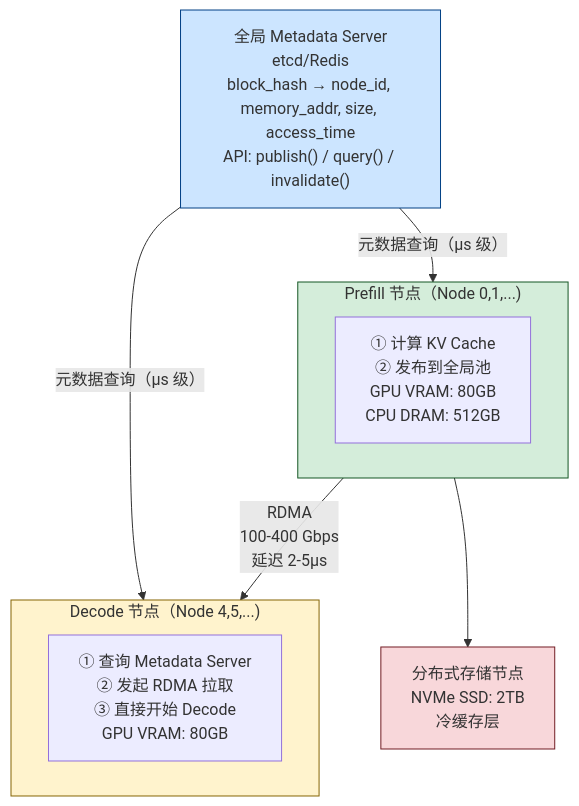
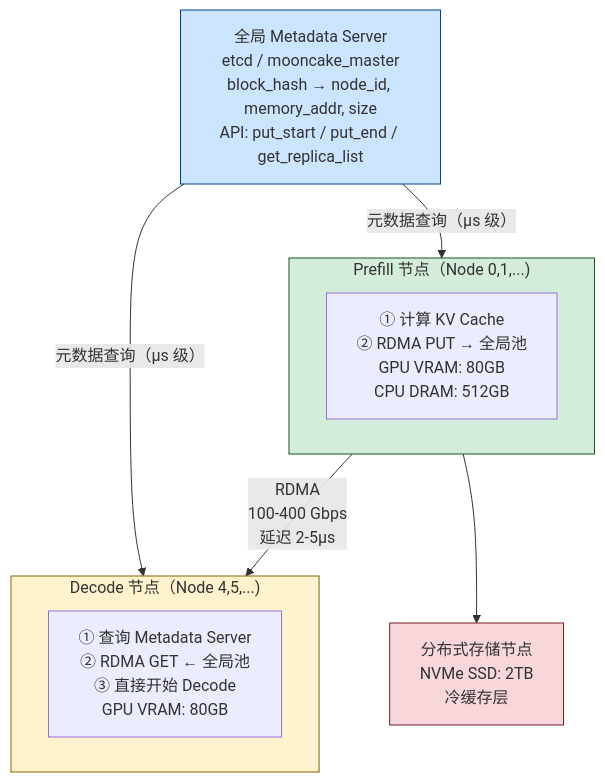
The fourth of 11 diagrams in BLOG_PART2_V2.md (HeduAiDev/vllm-from-scratch), drawn with Mermaid before and after one commit. The commit also changed other lines of this file, not shown here.

````diff
--- a/BLOG_PART2_V2.md
+++ b/BLOG_PART2_V2.md
@@ -821,23 +868,23 @@
 ```mermaid
 flowchart TD
-    MS["全局 Metadata Server<br/>etcd/Redis<br/>block_hash → node_id, memory_addr, size, access_time<br/>API: publish() / query() / invalidate()"]
+    MS["全局 Metadata Server<br/>etcd / mooncake_master<br/>block_hash → node_id, memory_addr, size<br/>API: put_start / put_end / get_replica_list"]
 
     MS -->|"元数据查询（μs 级）"| PW
     MS -->|"元数据查询（μs 级）"| DW
 
     subgraph PW["Prefill 节点（Node 0,1,...)"]
-        P1["① 计算 KV Cache<br/>② 发布到全局池<br/>GPU VRAM: 80GB<br/>CPU DRAM: 512GB"]
+        P1["① 计算 KV Cache<br/>② RDMA PUT → 全局池<br/>GPU VRAM: 80GB<br/>CPU DRAM: 512GB"]
     end
 
     subgraph DW["Decode 节点（Node 4,5,...)"]
-        D1["① 查询 Metadata Server<br/>② 发起 RDMA 拉取<br/>③ 直接开始 Decode<br/>GPU VRAM: 80GB"]
+        D1["① 查询 Metadata Server<br/>② RDMA GET ← 全局池<br/>③ 直接开始 Decode<br/>GPU VRAM: 80GB"]
     end
 
     PW -->|"RDMA<br/>100-400 Gbps<br/>延迟 2-5μs"| DW
     PW --> STORE["分布式存储节点<br/>NVMe SSD: 2TB<br/>冷缓存层"]
 
     style MS fill:#cce5ff,stroke:#004085
     style PW fill:#d4edda,stroke:#155724
     style DW fill:#fff3cd,stroke:#856404
     style STORE fill:#f8d7da,stroke:#721c24
 ```
````
